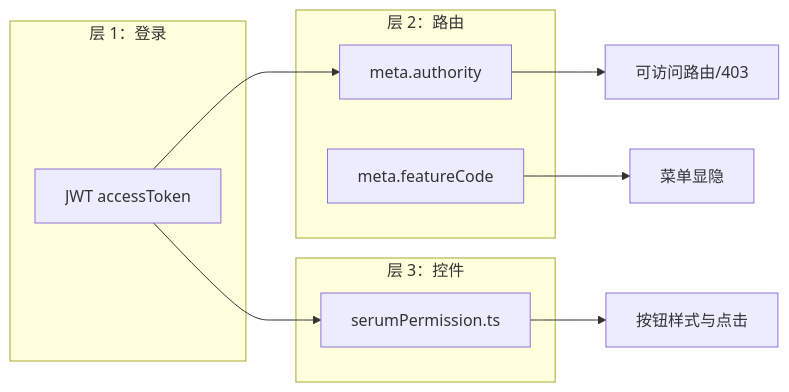
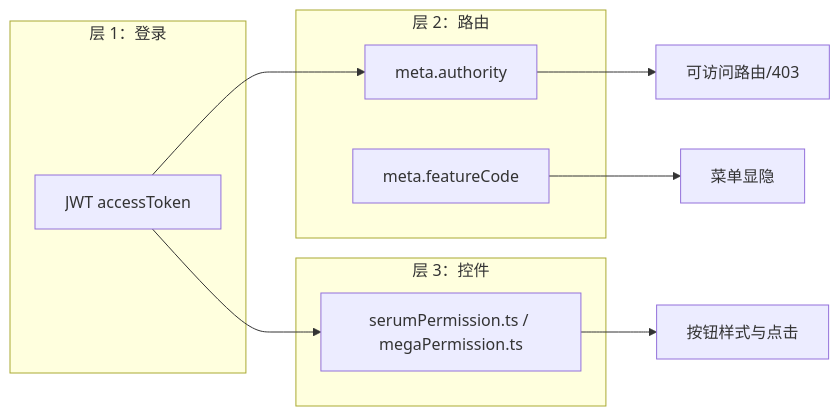
Before and after one commit to TianBa-SCP035/Antibody_Forge: the third of 4 diagrams in docs/auth-permissions.md, drawn with Mermaid. The commit also changed other lines of this file and 16 other files, not shown here.

````diff
--- a/docs/auth-permissions.md
+++ b/docs/auth-permissions.md
@@ -198,18 +212,18 @@
 ```mermaid
 flowchart LR
   subgraph L1["层 1：登录"]
     JWT[JWT accessToken]
   end
   subgraph L2["层 2：路由"]
     AUTH[meta.authority]
     FEAT[meta.featureCode]
   end
   subgraph L3["层 3：控件"]
-    SP[serumPermission.ts]
+    SP[serumPermission.ts / megaPermission.ts]
   end
   JWT --> AUTH
   JWT --> SP
   FEAT --> Menu[菜单显隐]
   AUTH --> Route[可访问路由/403]
   SP --> Btn[按钮样式与点击]
 ```
````
